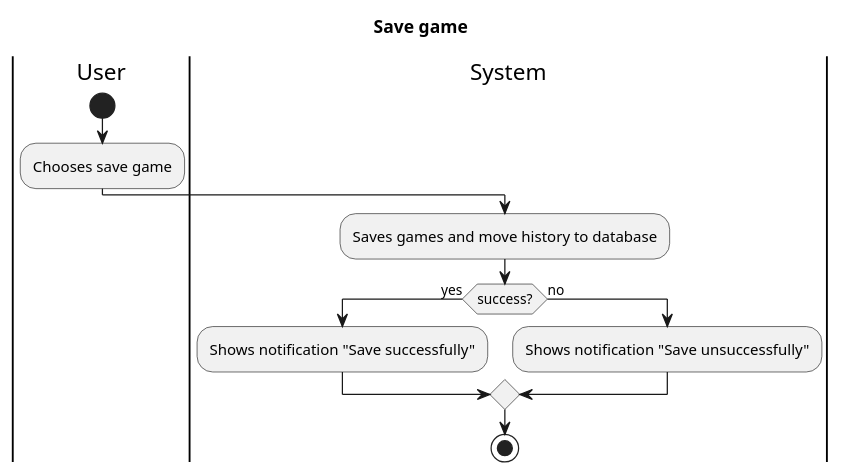
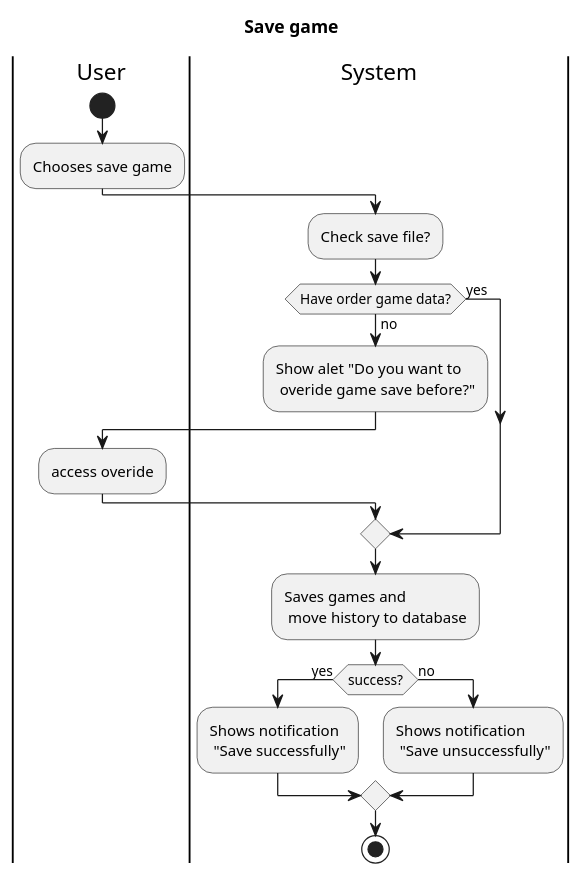
One commit to duyhq-zee1/chess-game changed the diagram in activity/save-game.puml. Above: the diagram before and after it, drawn with PlantUML. The commit also changed 16 other files, not shown here.

Commit message:
doc: update save game

```diff
--- a/activity/save-game.puml
+++ b/activity/save-game.puml
@@ -1,15 +1,24 @@
 @startuml "Activity diagram"
 title "Save game"
 |User|
 start
 :Chooses save game;
 |System|
-:Saves games and move history to database;
+:Check save file?;
+if (Have order game data?) then (no)
+:Show alet "Do you want to \n overide game save before?";
+|User|
+:access overide;
+else (yes)
+endif
+|System|
+:Saves games and \n move history to database;
 if (success?) then (yes)
-    :Shows notification "Save successfully";
+    :Shows notification \n "Save successfully";
 else (no)
-    :Shows notification "Save unsuccessfully";
+    :Shows notification \n "Save unsuccessfully";
 endif
+
 
 stop
 @enduml
```
